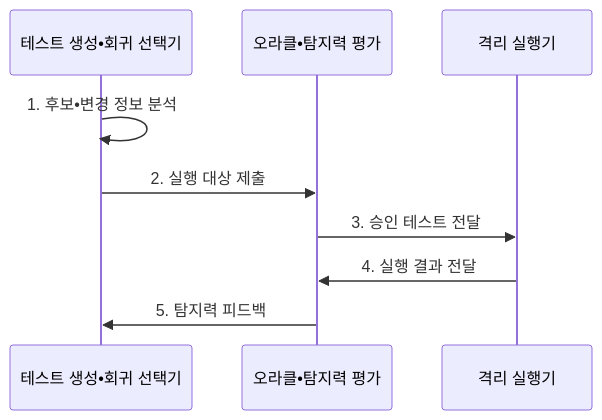
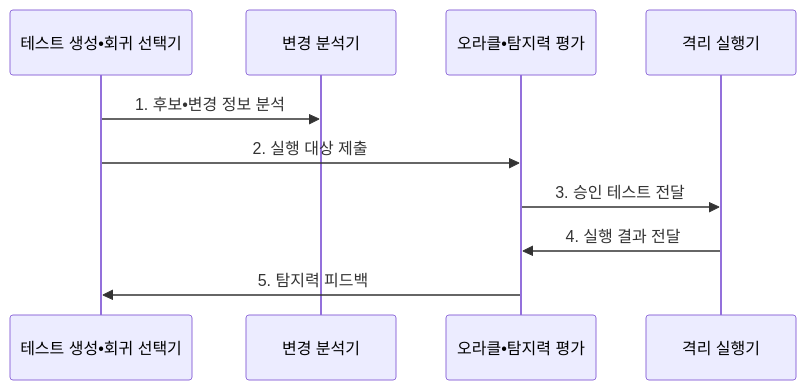
One commit to agnusdei1207/knowledge-base changed the second of 2 diagrams in src/content/docs/notes/03-software/207_ai_test_automation.md. Above: the diagram before and after it, drawn with Mermaid. The commit also changed other lines of this file and 14 other files, not shown here.

````diff
--- a/src/content/docs/notes/03-software/207_ai_test_automation.md
+++ b/src/content/docs/notes/03-software/207_ai_test_automation.md
@@ -105,11 +105,12 @@
 ```mermaid
 sequenceDiagram
     participant G as 테스트 생성•회귀 선택기
+    participant A as 변경 분석기
     participant O as 오라클•탐지력 평가
     participant E as 격리 실행기
-    G->>G: 1. 후보•변경 정보 분석
+    G->>A: 1. 후보•변경 정보 분석
     G->>O: 2. 실행 대상 제출
     O->>E: 3. 승인 테스트 전달
     E->>O: 4. 실행 결과 전달
     O->>G: 5. 탐지력 피드백
 ```
````
